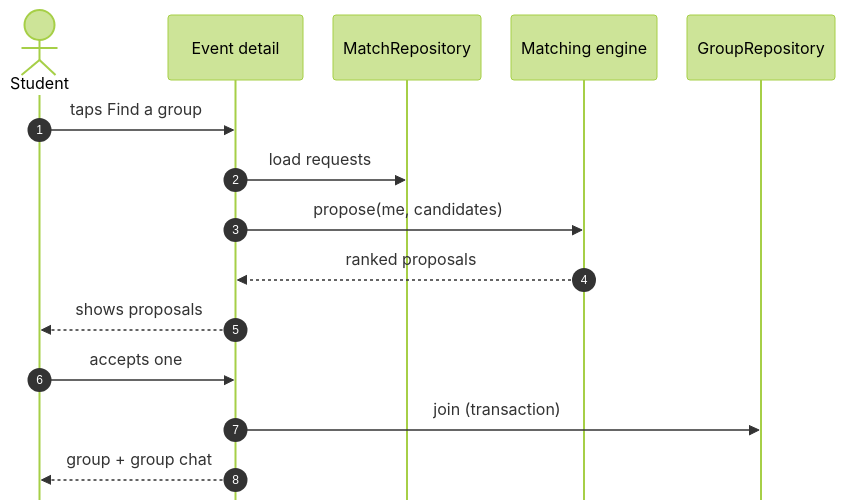
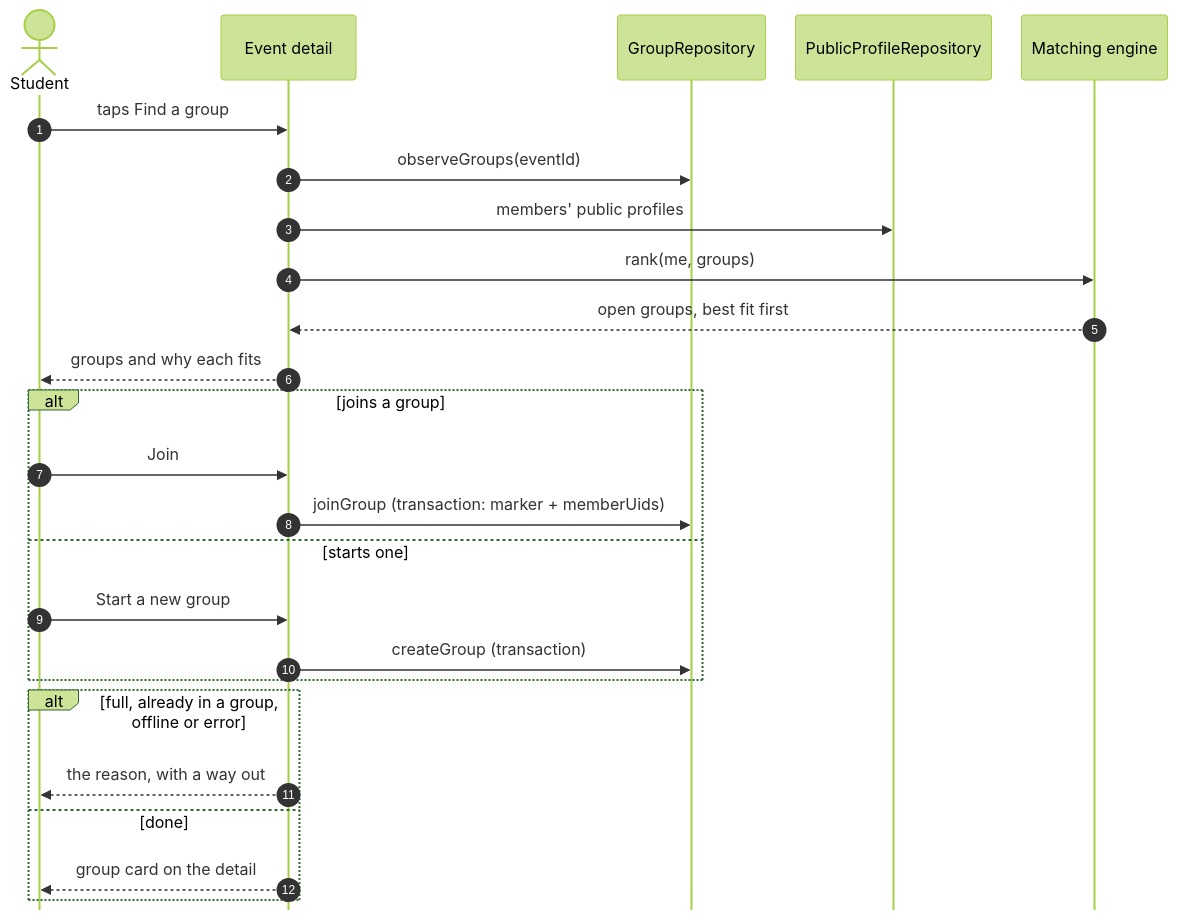
One commit to swent-polysocial/PolySocial changed diagram 11 of 12 in docs/Architecture-Diagram.md. Above: the diagram before and after it, drawn with Mermaid (forest theme). The commit also changed other lines of this file and 2 other files, not shown here.

First line of the commit message:
docs: record the groups data model

````diff
--- a/docs/Architecture-Diagram.md
+++ b/docs/Architecture-Diagram.md
@@ -324,18 +348,28 @@
 ```mermaid
 %%{init: {"sequence": {"mirrorActors": false, "actorMargin": 30, "width": 135, "actorFontSize": 15, "messageFontSize": 15, "noteFontSize": 14}}}%%
 sequenceDiagram
   autonumber
   actor S as Student
   participant App as Event detail
-  participant MR as MatchRepository
+  participant GR as GroupRepository
+  participant PR as PublicProfileRepository
   participant ME as Matching engine
-  participant GR as GroupRepository
   S->>App: taps Find a group
-  App->>MR: load requests
-  App->>ME: propose(me, candidates)
-  ME-->>App: ranked proposals
-  App-->>S: shows proposals
-  S->>App: accepts one
-  App->>GR: join (transaction)
-  App-->>S: group + group chat
+  App->>GR: observeGroups(eventId)
+  App->>PR: members' public profiles
+  App->>ME: rank(me, groups)
+  ME-->>App: open groups, best fit first
+  App-->>S: groups and why each fits
+  alt joins a group
+    S->>App: Join
+    App->>GR: joinGroup (transaction: marker + memberUids)
+  else starts one
+    S->>App: Start a new group
+    App->>GR: createGroup (transaction)
+  end
+  alt full, already in a group, offline or error
+    App-->>S: the reason, with a way out
+  else done
+    App-->>S: group card on the detail
+  end
 ```
````
